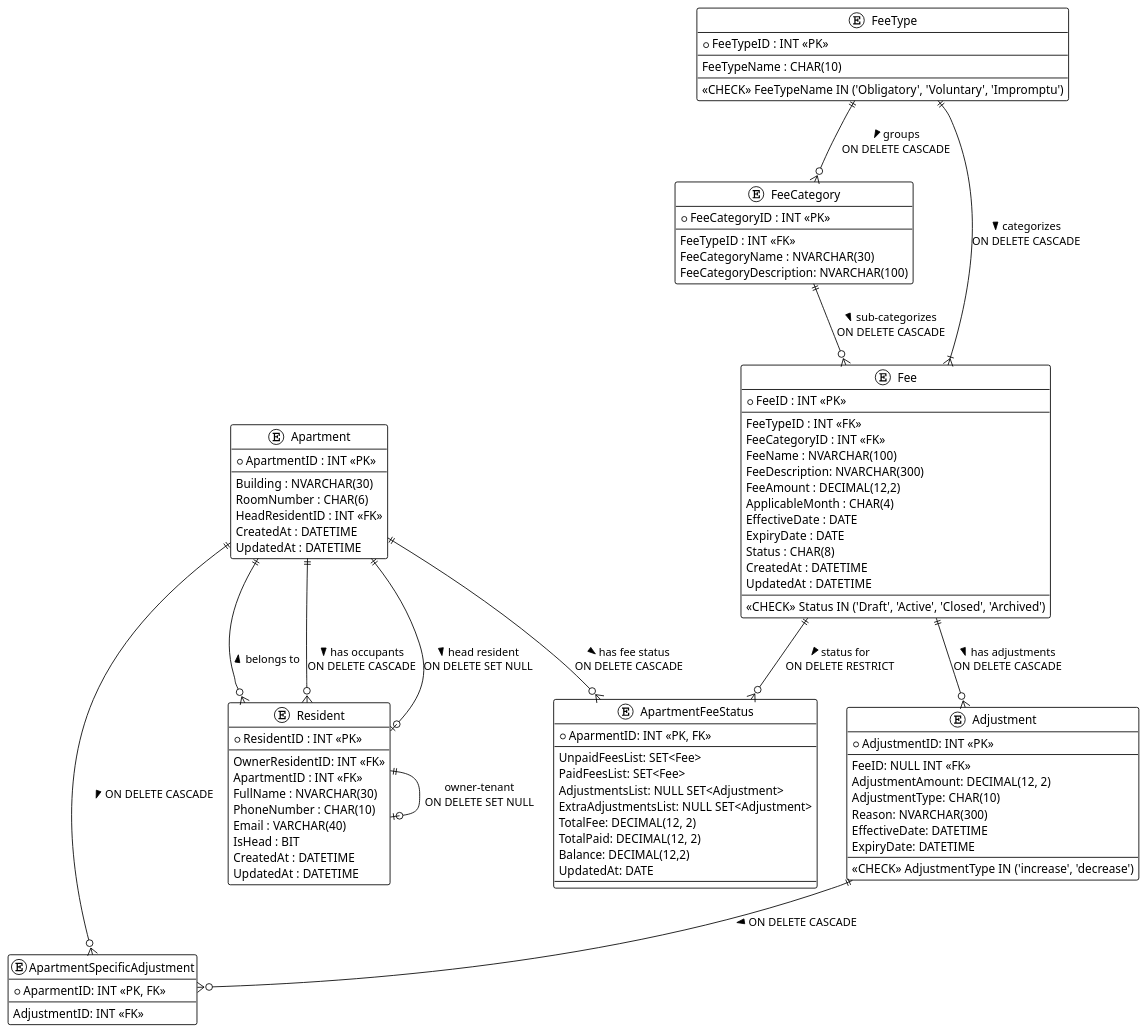
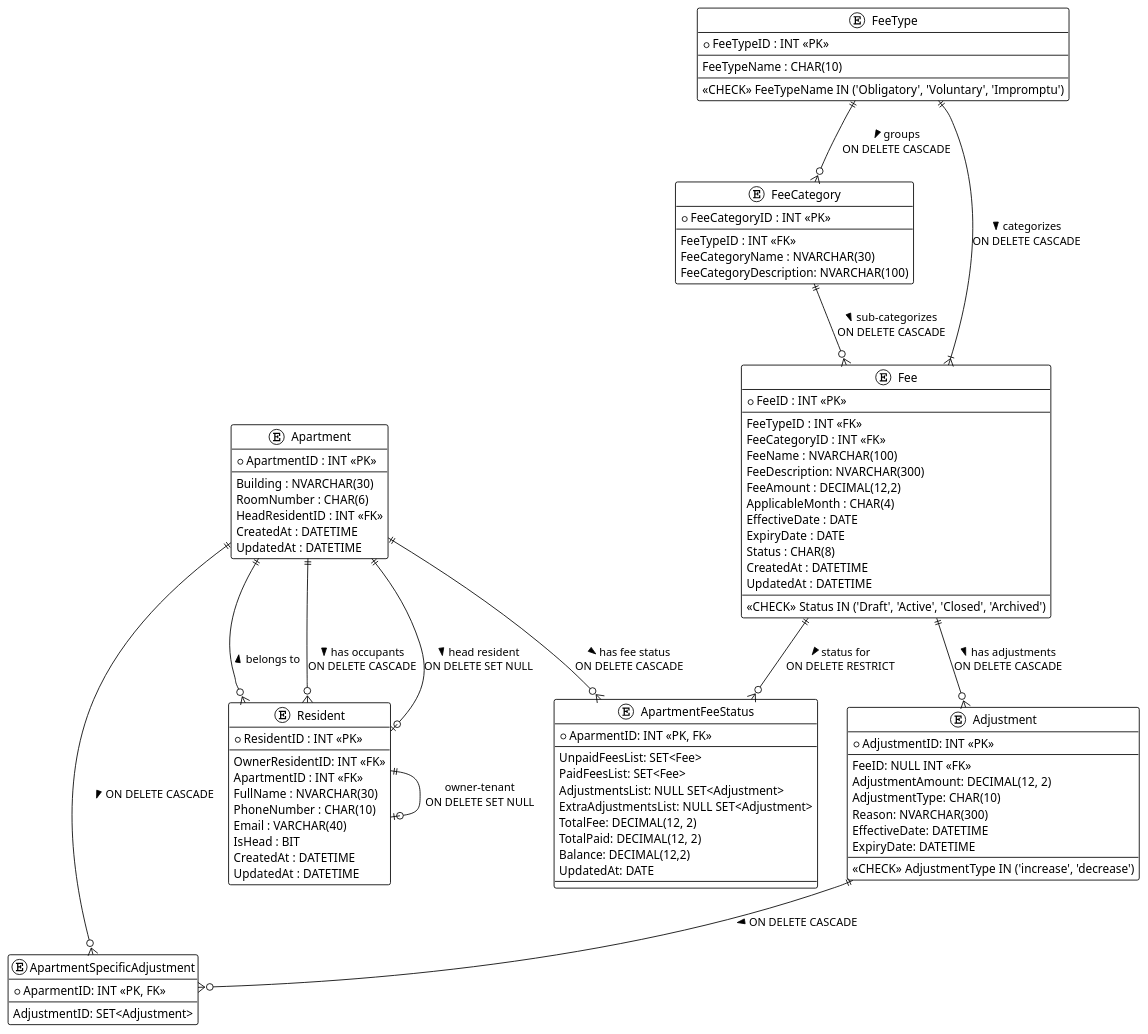
Before and after one commit to khoatran18/BluemoonManagement: the diagram in docs/sprint1/er_diagram.puml, drawn with PlantUML. The commit also changed 1 other file, not shown here.

```diff
--- a/docs/sprint1/er_diagram.puml
+++ b/docs/sprint1/er_diagram.puml
@@ -1,114 +1,114 @@
 @startuml name "db"
 !theme plain
 
 entity "Apartment" as Apartment {
   + ApartmentID : INT <<PK>>
   --
   Building : NVARCHAR(30)
   RoomNumber : CHAR(6)
   HeadResidentID : INT <<FK>>
   CreatedAt : DATETIME
   UpdatedAt : DATETIME
 }
 
 entity "Resident" as Resident {
   + ResidentID : INT <<PK>>
   --
   OwnerResidentID: INT <<FK>>
   ApartmentID : INT <<FK>>
   FullName : NVARCHAR(30)
   PhoneNumber : CHAR(10)
   Email : VARCHAR(40)
   IsHead : BIT
   CreatedAt : DATETIME
   UpdatedAt : DATETIME
 }
 
 entity "FeeType" as FeeType {
   + FeeTypeID : INT <<PK>>
   --
   FeeTypeName : CHAR(10)
   --
   <<CHECK>> FeeTypeName IN ('Obligatory', 'Voluntary', 'Impromptu')
 }
 
 entity "FeeCategory" as FeeCategory {
   + FeeCategoryID : INT <<PK>>
   --
   FeeTypeID : INT <<FK>>
   FeeCategoryName : NVARCHAR(30)
   FeeCategoryDescription: NVARCHAR(100)
 }
 
 entity "Fee" as Fee {
   + FeeID : INT <<PK>>
   --
   FeeTypeID : INT <<FK>>
   FeeCategoryID : INT <<FK>>
   FeeName : NVARCHAR(100)
   FeeDescription: NVARCHAR(300)
   FeeAmount : DECIMAL(12,2)
   ApplicableMonth : CHAR(4)
   EffectiveDate : DATE
   ExpiryDate : DATE
   Status : CHAR(8)
   CreatedAt : DATETIME
   UpdatedAt : DATETIME
   --
    <<CHECK>> Status IN ('Draft', 'Active', 'Closed', 'Archived')
 }
 
 
 entity "ApartmentFeeStatus" as ApartmentFeeStatus{
   + AparmentID: INT <<PK, FK>>
   --
   UnpaidFeesList: SET<Fee>
   PaidFeesList: SET<Fee>
   AdjustmentsList: NULL SET<Adjustment>
   ExtraAdjustmentsList: NULL SET<Adjustment>
   TotalFee: DECIMAL(12, 2)
   TotalPaid: DECIMAL(12, 2)
   Balance: DECIMAL(12,2)
   UpdatedAt: DATE
   --
 }
 
 entity "Adjustment" as Adjustment{
   + AdjustmentID: INT <<PK>>
   --
   FeeID: NULL INT <<FK>>
   AdjustmentAmount: DECIMAL(12, 2)
   AdjustmentType: CHAR(10)
   Reason: NVARCHAR(300)
   EffectiveDate: DATETIME
   ExpiryDate: DATETIME 
   --
   <<CHECK>> AdjustmentType IN ('increase', 'decrease')
 }
 
 entity "ApartmentSpecificAdjustment" as ApartmentSpecificAdjustment{
   + AparmentID: INT <<PK, FK>>
   --
-  AdjustmentID: INT <<FK>>
+  AdjustmentID: SET<Adjustment>
 }
 
 '--------------------------
 ' Relationships + Constraints
 '--------------------------
 
 Apartment ||--o{ Resident : "has occupants >\nON DELETE CASCADE"
 Resident }o--|| Apartment : "belongs to >"
 Resident ||--o| Resident: "owner-tenant\nON DELETE SET NULL"
 Apartment ||--o| Resident : "head resident >\nON DELETE SET NULL"
 
 FeeType ||--|{ Fee : "categorizes >\nON DELETE CASCADE"
 FeeType ||--o{ FeeCategory : "groups >\nON DELETE CASCADE"
 FeeCategory ||--o{ Fee : "sub-categorizes >\nON DELETE CASCADE"
 
 Apartment ||--o{ ApartmentFeeStatus : "has fee status >\nON DELETE CASCADE"
 Fee ||--o{ ApartmentFeeStatus : "status for >\nON DELETE RESTRICT"
 Fee ||--o{ Adjustment : "has adjustments >\nON DELETE CASCADE"
 Apartment ||--o{ ApartmentSpecificAdjustment : "ON DELETE CASCADE >"
 Adjustment ||--o{ ApartmentSpecificAdjustment : "ON DELETE CASCADE >"
 
 @enduml
```
